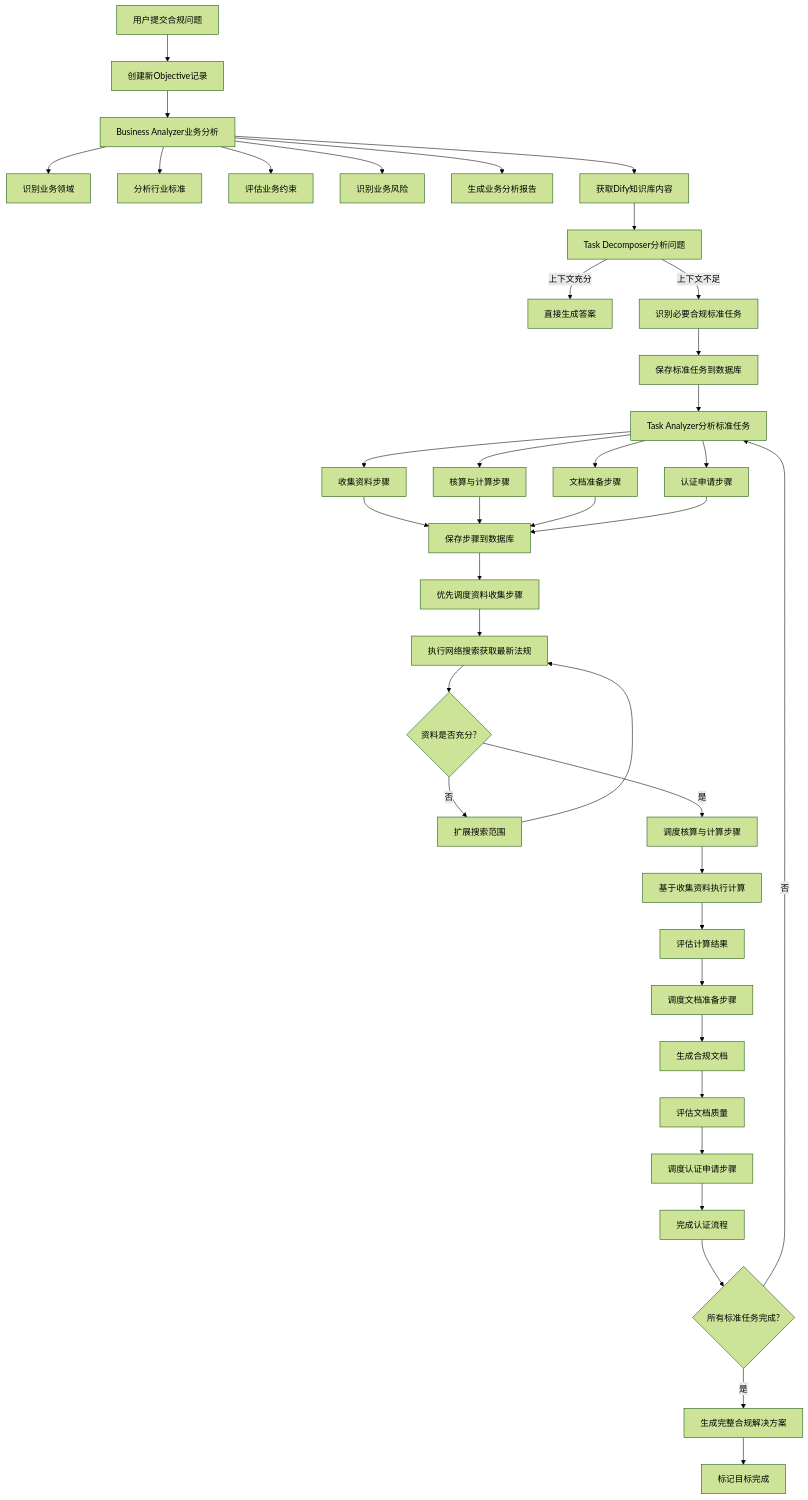
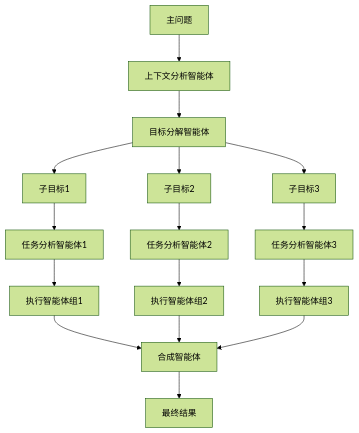
The first of 2 diagrams in .node/DeerFlow任务调度与目标管理系统设计文档.md (zpandasoft/deer-flow), drawn with Mermaid (forest theme) before and after one commit. The commit also changed other lines of this file and 1 other file, not shown here.

````diff
--- a/.node/DeerFlow任务调度与目标管理系统设计文档.md
+++ b/.node/DeerFlow任务调度与目标管理系统设计文档.md
@@ -808,52 +482,18 @@
-```mermaid
-flowchart TD
-    A[用户提交合规问题] --> B[创建新Objective记录]
-    B --> BA[Business Analyzer业务分析]
-    BA --> BA1[识别业务领域]
-    BA --> BA2[分析行业标准]
-    BA --> BA3[评估业务约束]
-    BA --> BA4[识别业务风险]
-    BA --> BA5[生成业务分析报告]
-    
-    BA --> C[获取Dify知识库内容]
-    C --> D[Task Decomposer分析问题]
-    
-    D -->|上下文充分| E[直接生成答案]
-    D -->|上下文不足| F[识别必要合规标准任务]
-    
-    F --> G[保存标准任务到数据库]
-    G --> H[Task Analyzer分析标准任务]
-    
-    H --> I1[收集资料步骤]
-    H --> I2[核算与计算步骤]
-    H --> I3[文档准备步骤]
-    H --> I4[认证申请步骤]
-    
-    I1 --> J[保存步骤到数据库]
-    I2 --> J
-    I3 --> J
-    I4 --> J
-    
-    J --> K[优先调度资料收集步骤]
-    K --> L[执行网络搜索获取最新法规]
-    L --> M{资料是否充分?}
-    
-    M -->|否| N[扩展搜索范围]
-    N --> L
-    
-    M -->|是| O[调度核算与计算步骤]
-    O --> P[基于收集资料执行计算]
-    P --> Q[评估计算结果]
-    
-    Q --> R[调度文档准备步骤]
-    R --> S[生成合规文档]
-    S --> T[评估文档质量]
-    
-    T --> U[调度认证申请步骤]
-    U --> V[完成认证流程]
-    
-    V --> W{所有标准任务完成?}
-    W -->|否| H
-    W -->|是| X[生成完整合规解决方案]
-    X --> Y[标记目标完成]
-```
+   ```mermaid
+   graph TD
+       A[主问题] --> B[上下文分析智能体]
+       B --> C[目标分解智能体]
+       C --> D[子目标1]
+       C --> E[子目标2]
+       C --> F[子目标3]
+       D --> G[任务分析智能体1]
+       E --> H[任务分析智能体2]
+       F --> I[任务分析智能体3]
+       G --> J[执行智能体组1]
+       H --> K[执行智能体组2]
+       I --> L[执行智能体组3]
+       J --> M[合成智能体]
+       K --> M
+       L --> M
+       M --> N[最终结果]
+   ```
````
